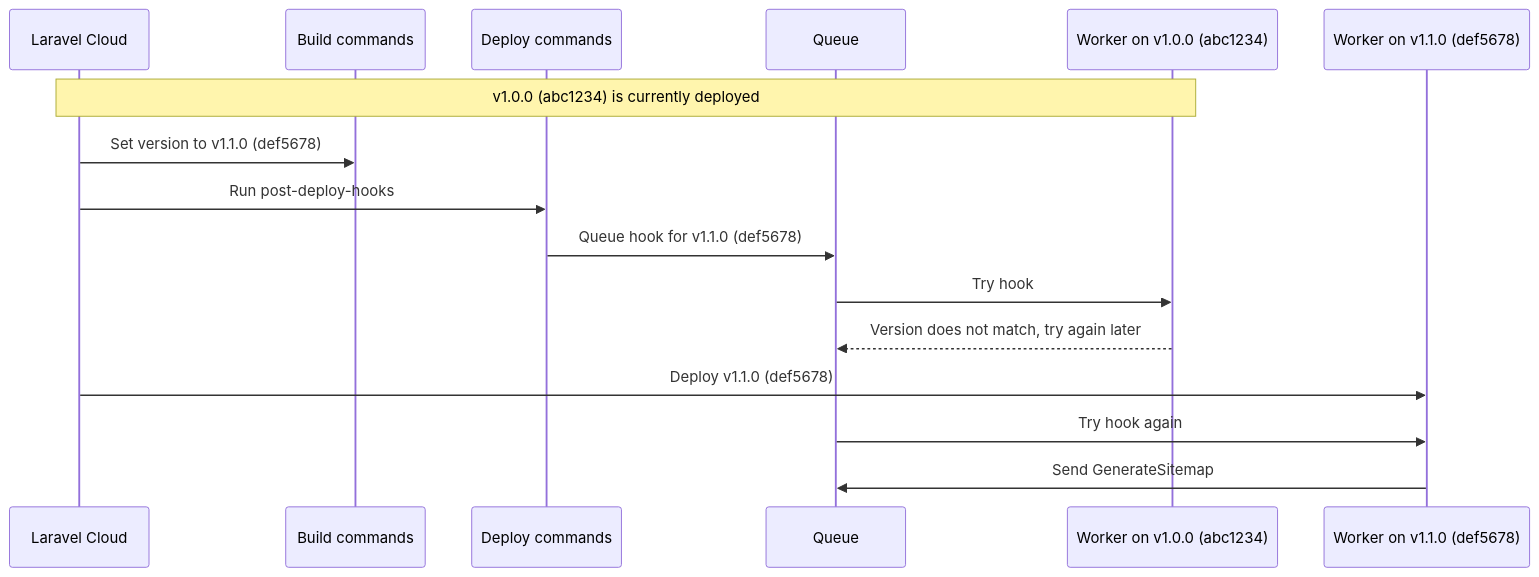
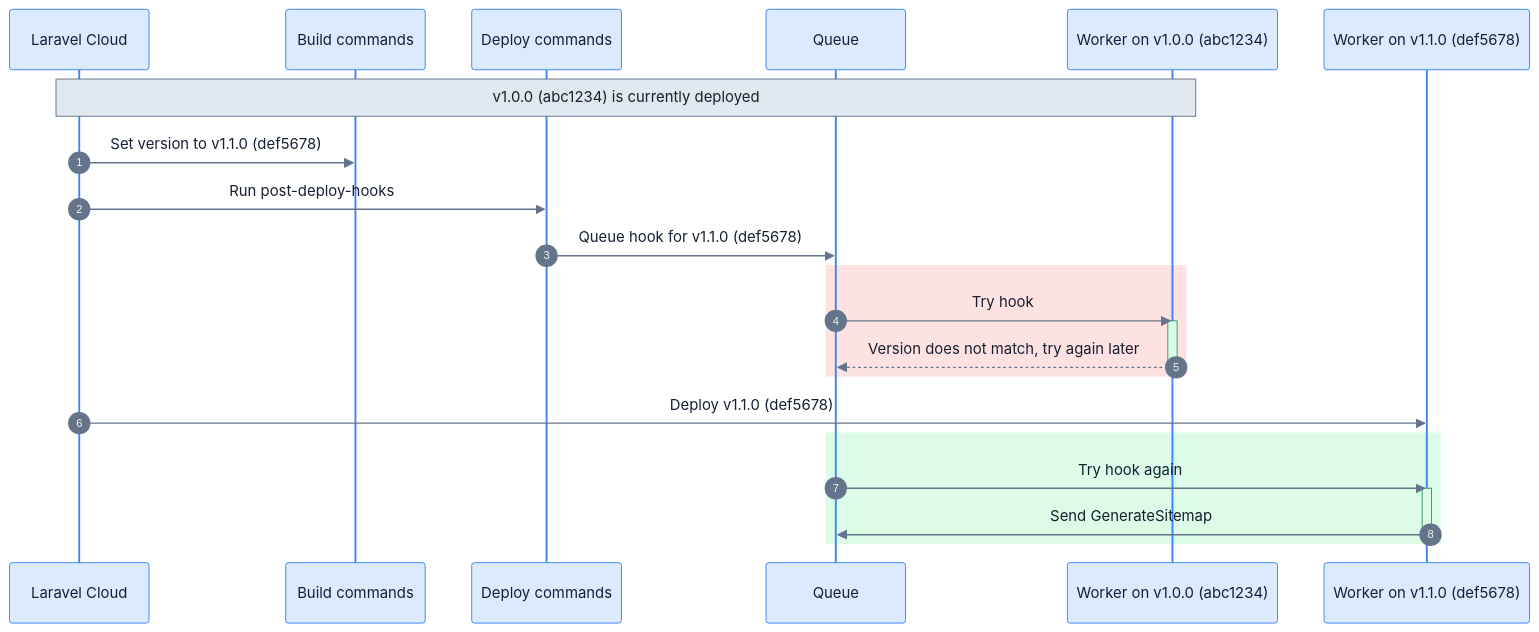
One commit to mathiasgrimm/laravel-post-deploy-hooks changed the first of 2 diagrams in README.md. Above: the diagram before and after it, drawn with Mermaid.

Commit message:
Polish sequence deployment timeline

````diff
--- a/README.md
+++ b/README.md
@@ -92,19 +92,29 @@
 ```mermaid
+%%{init: {"theme": "base", "themeVariables": {"fontFamily": "system-ui, sans-serif", "fontSize": "14px", "actorBkg": "#dbeafe", "actorBorder": "#3b82f6", "actorTextColor": "#172033", "signalColor": "#64748b", "signalTextColor": "#172033", "noteBkgColor": "#e2e8f0", "noteBorderColor": "#64748b", "noteTextColor": "#172033", "activationBkgColor": "#dcfce7", "activationBorderColor": "#2d9d62"}}}%%
 sequenceDiagram
+    autonumber
     participant Cloud as Laravel Cloud
     participant Build as Build commands
     participant Deploy as Deploy commands
     participant Queue
     participant Old as Worker on v1.0.0 (abc1234)
     participant New as Worker on v1.1.0 (def5678)
 
     Note over Cloud,Old: v1.0.0 (abc1234) is currently deployed
     Cloud->>Build: Set version to v1.1.0 (def5678)
     Cloud->>Deploy: Run post-deploy-hooks
     Deploy->>Queue: Queue hook for v1.1.0 (def5678)
-    Queue->>Old: Try hook
-    Old-->>Queue: Version does not match, try again later
+    rect rgb(254, 226, 226)
+        Queue->>Old: Try hook
+        activate Old
+        Old-->>Queue: Version does not match, try again later
+        deactivate Old
+    end
     Cloud->>New: Deploy v1.1.0 (def5678)
-    Queue->>New: Try hook again
-    New->>Queue: Send GenerateSitemap
+    rect rgb(220, 252, 231)
+        Queue->>New: Try hook again
+        activate New
+        New->>Queue: Send GenerateSitemap
+        deactivate New
+    end
 ```
````
